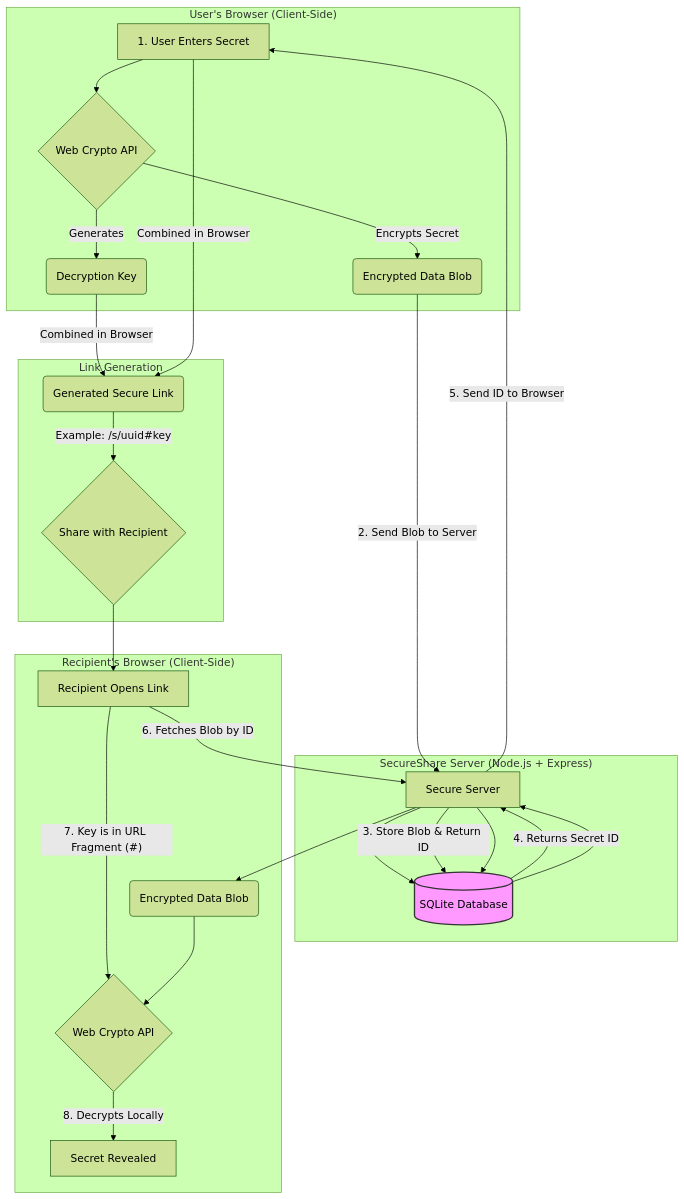
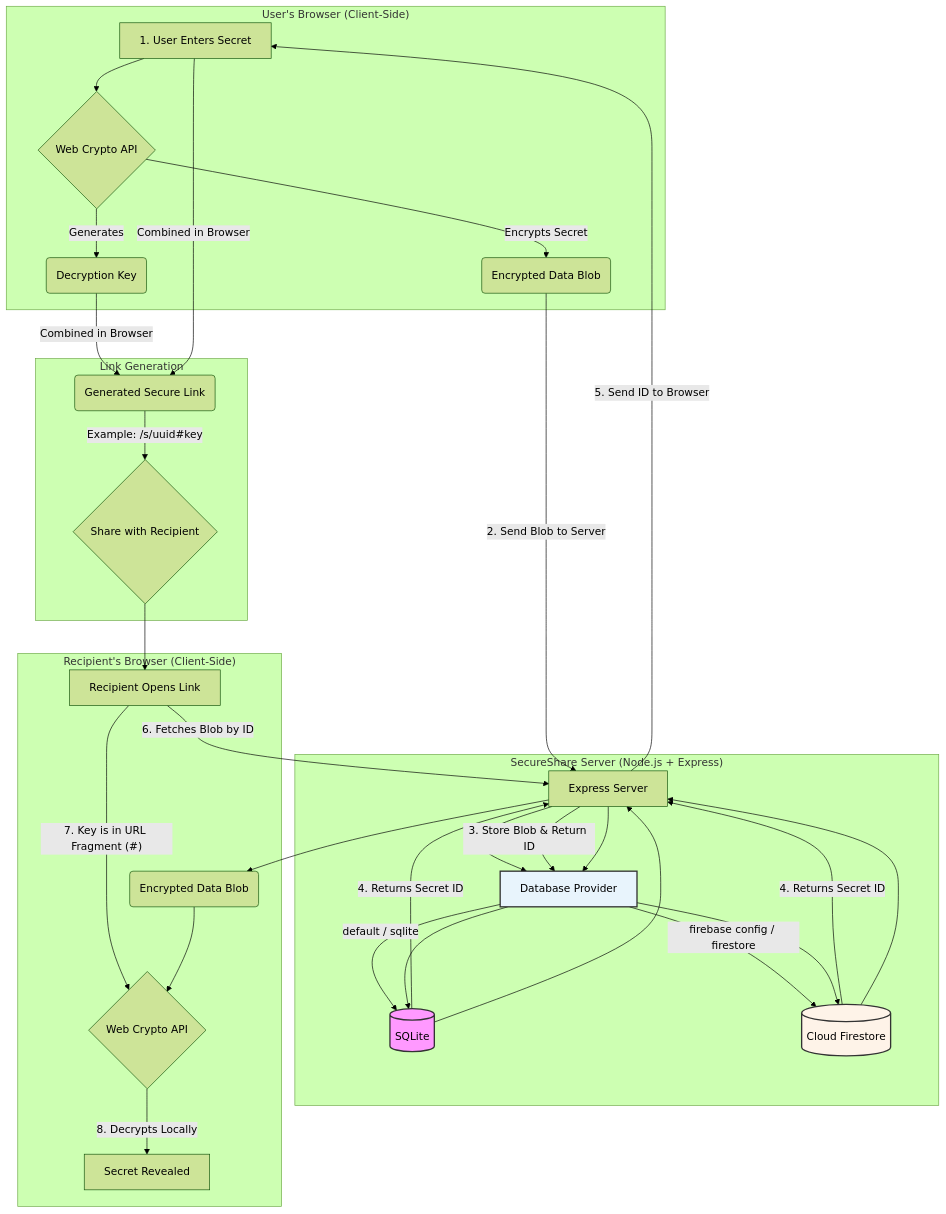
Before and after one commit to ekos-partner/SecureShare-App: the diagram in README.md, drawn with Mermaid (forest theme). The commit also changed other lines of this file, not shown here.

First line of the commit message:
Docs: document SQLite and Firestore backends in README.

````diff
--- a/README.md
+++ b/README.md
@@ -60,37 +74,45 @@
 ```mermaid
 graph TD
     subgraph "User's Browser (Client-Side)"
         A[1. User Enters Secret] --> B{Web Crypto API};
         B -- "Generates" --> C(Decryption Key);
         B -- "Encrypts Secret" --> D(Encrypted Data Blob);
     end
 
     subgraph "SecureShare Server (Node.js + Express)"
-        E[Secure Server] --> F[(SQLite Database)];
+        E[Express Server] --> P[Database Provider];
+        P -->|default / sqlite| F[(SQLite)];
+        P -->|firebase config / firestore| G[(Cloud Firestore)];
     end
 
     D -->|2. Send Blob to Server| E;
-    E -->|3. Store Blob & Return ID| F;
+    E -->|3. Store Blob & Return ID| P;
     F -->|4. Returns Secret ID| E;
+    G -->|4. Returns Secret ID| E;
     E -->|5. Send ID to Browser| A;
 
     subgraph "Link Generation"
         C -- "Combined in Browser" --> I(Generated Secure Link);
         A -- "Combined in Browser" --> I;
         I -- "Example: /s/uuid#key" --> J{Share with Recipient};
     end
 
     J --> K[Recipient Opens Link];
 
     subgraph "Recipient's Browser (Client-Side)"
         K -- "6. Fetches Blob by ID" --> E;
-        E --> F;
+        E --> P;
+        P --> F;
+        P --> G;
         F --> E;
+        G --> E;
         E --> L(Encrypted Data Blob);
         K -- "7. Key is in URL Fragment (#)" --> M{Web Crypto API};
         L --> M;
         M -->|8. Decrypts Locally| N[Secret Revealed];
     end
 
+    style P fill:#e8f4fc,stroke:#333,stroke-width:2px
     style F fill:#f9f,stroke:#333,stroke-width:2px
+    style G fill:#fef3e8,stroke:#333,stroke-width:2px
 ```
````
